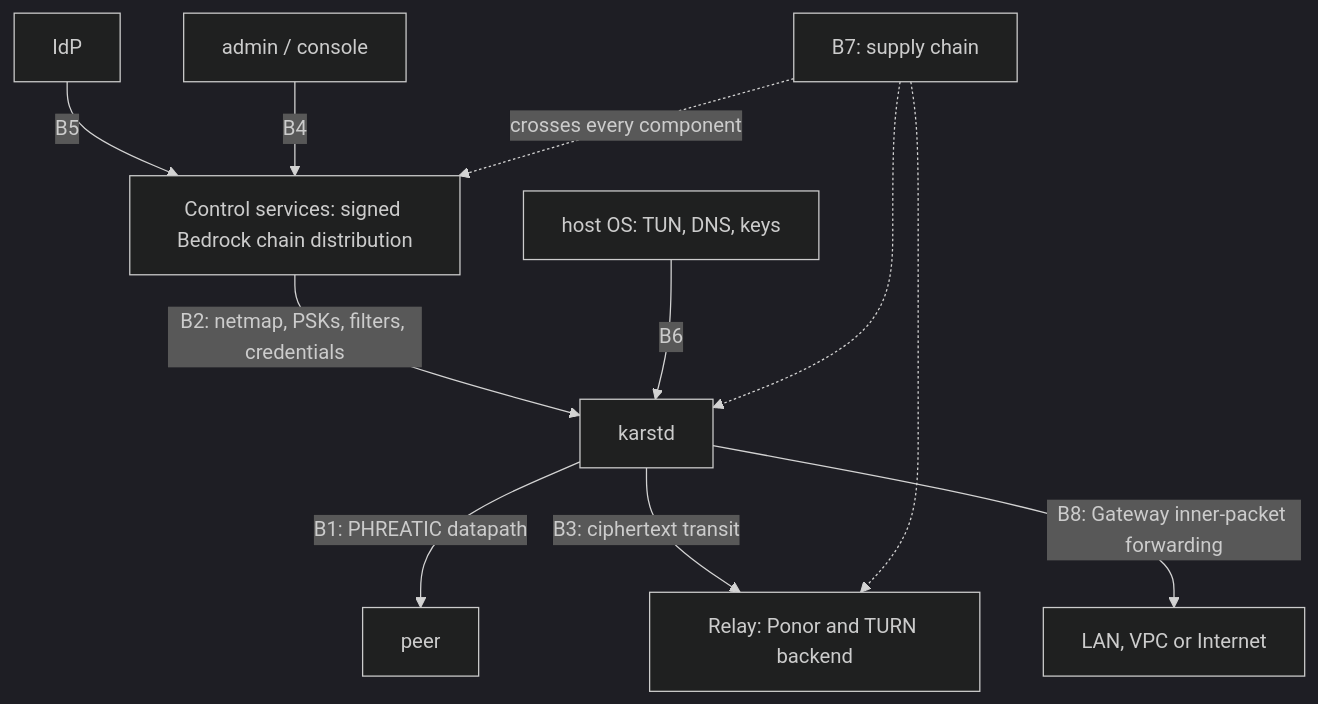
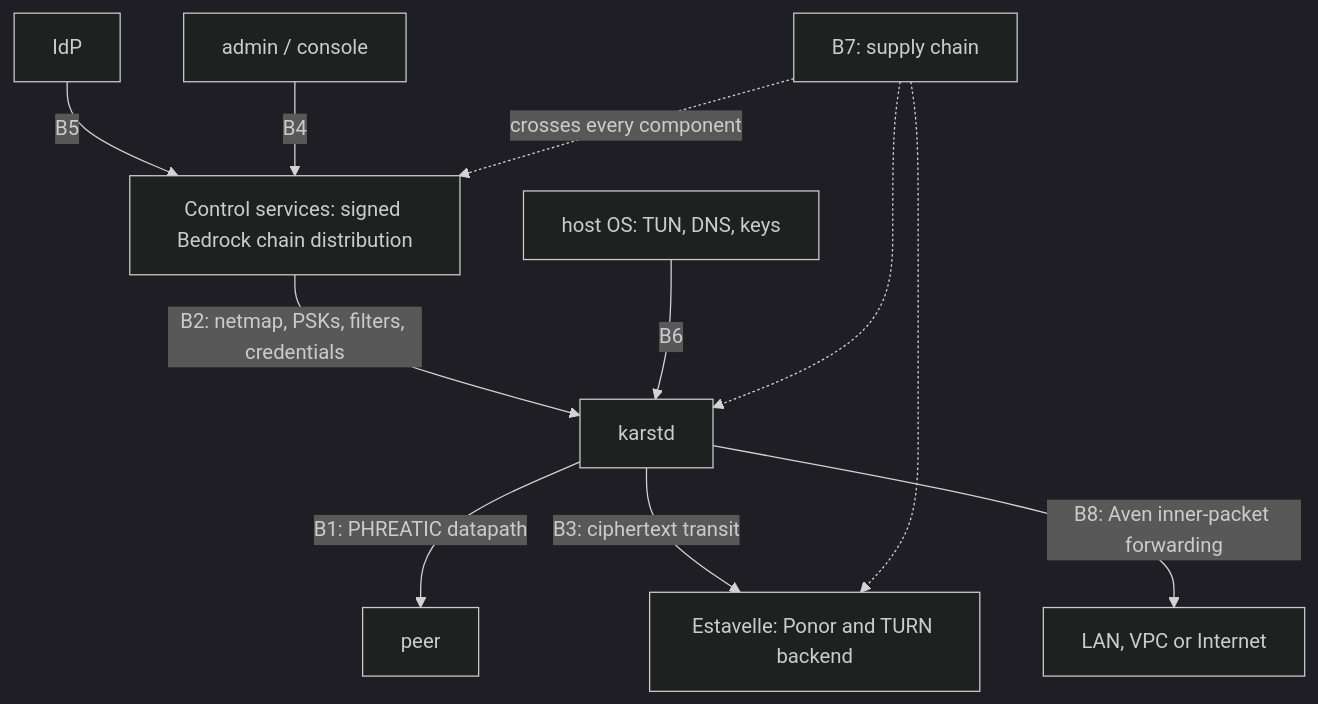
Before and after one commit to karst-net/karst: the diagram in docs/THREAT-MODEL.md, drawn with Mermaid (dark theme). The commit also changed other lines of this file and 474 other files, not shown here.

First line of the commit message:
Rename AVEN/Relay/Gateway to Resurgence/Estavelle/Aven (ADR-0069) (#557)

````diff
--- a/docs/THREAT-MODEL.md
+++ b/docs/THREAT-MODEL.md
@@ -79,13 +79,13 @@
 ```mermaid
 flowchart TD
     IdP[IdP] -->|B5| Control["Control services: signed Bedrock chain distribution"]
     Admin[admin / console] -->|B4| Control
     Control -->|B2: netmap, PSKs, filters, credentials| Node[karstd]
     Host["host OS: TUN, DNS, keys"] -->|B6| Node
     Node -->|B1: PHREATIC datapath| Peer[peer]
-    Node -->|B3: ciphertext transit| Relay["Relay: Ponor and TURN backend"]
-    Node -->|B8: Gateway inner-packet forwarding| External["LAN, VPC or Internet"]
+    Node -->|B3: ciphertext transit| Estavelle["Estavelle: Ponor and TURN backend"]
+    Node -->|B8: Aven inner-packet forwarding| External["LAN, VPC or Internet"]
     Supply["B7: supply chain"] -. crosses every component .-> Control
     Supply -.-> Node
-    Supply -.-> Relay
+    Supply -.-> Estavelle
 ```
````
